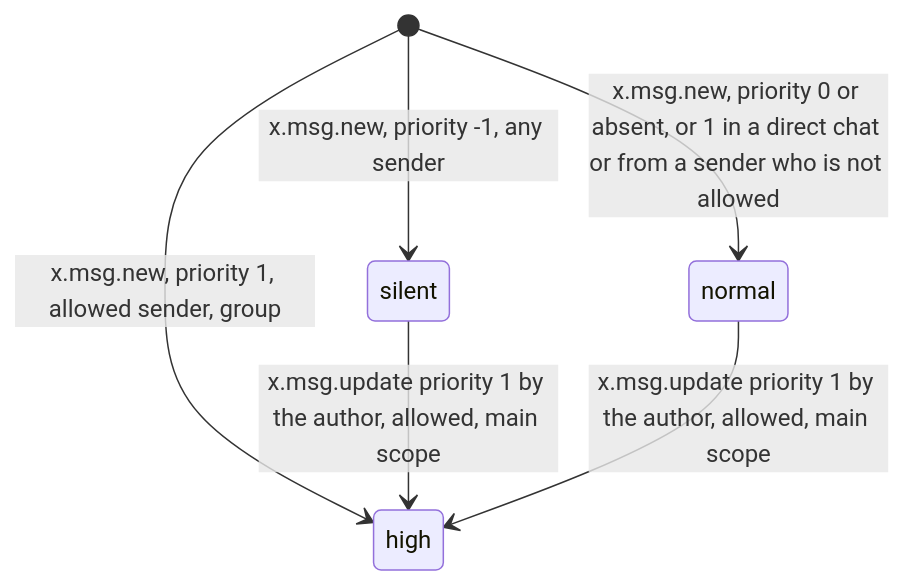
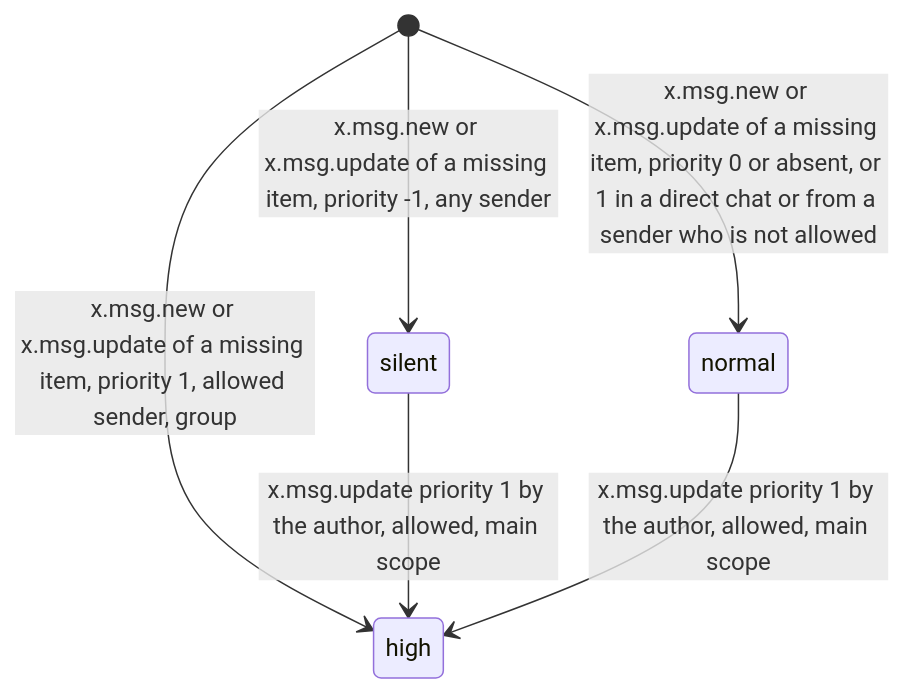
Before and after one commit to simplex-chat/simplex-chat: the third of 4 diagrams in plans/2026-11-12-mcp-silent-messages.md, drawn with Mermaid. The commit also changed other lines of this file and 5 other files, not shown here.

````diff
--- a/plans/2026-11-12-mcp-silent-messages.md
+++ b/plans/2026-11-12-mcp-silent-messages.md
@@ -306,8 +307,8 @@
 ```mermaid
 stateDiagram-v2
-  [*] --> silent: x.msg.new, priority -1, any sender
-  [*] --> normal: x.msg.new, priority 0 or absent, or 1 in a direct chat or from a sender who is not allowed
-  [*] --> high: x.msg.new, priority 1, allowed sender, group
+  [*] --> silent: x.msg.new or x.msg.update of a missing item, priority -1, any sender
+  [*] --> normal: x.msg.new or x.msg.update of a missing item, priority 0 or absent, or 1 in a direct chat or from a sender who is not allowed
+  [*] --> high: x.msg.new or x.msg.update of a missing item, priority 1, allowed sender, group
   silent --> high: x.msg.update priority 1 by the author, allowed, main scope
   normal --> high: x.msg.update priority 1 by the author, allowed, main scope
 ```
````
